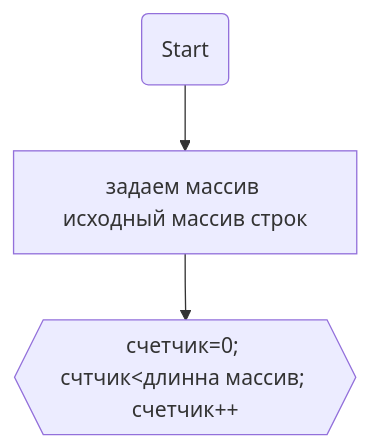
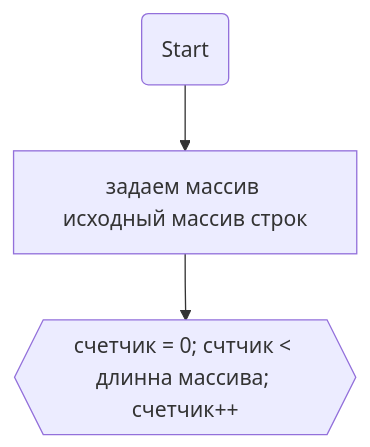
One commit to Adalberto777/FinalTestWork changed the diagram in README.md. Above: the diagram before and after it, drawn with Mermaid.

Commit message:
block diagram

````diff
--- a/README.md
+++ b/README.md
@@ -14,4 +14,4 @@
 ```mermaid
   graph TB;       
-    node2(Start)  --> node1[задаем массив исходный массив строк] --> node9{{счетчик=0; счтчик<длинна массив; счетчик++}}
+    node2(Start)  --> node1[задаем массив исходный массив строк] --> node9{{счетчик = 0; счтчик < длинна массива; счетчик++}}
 ```
````
